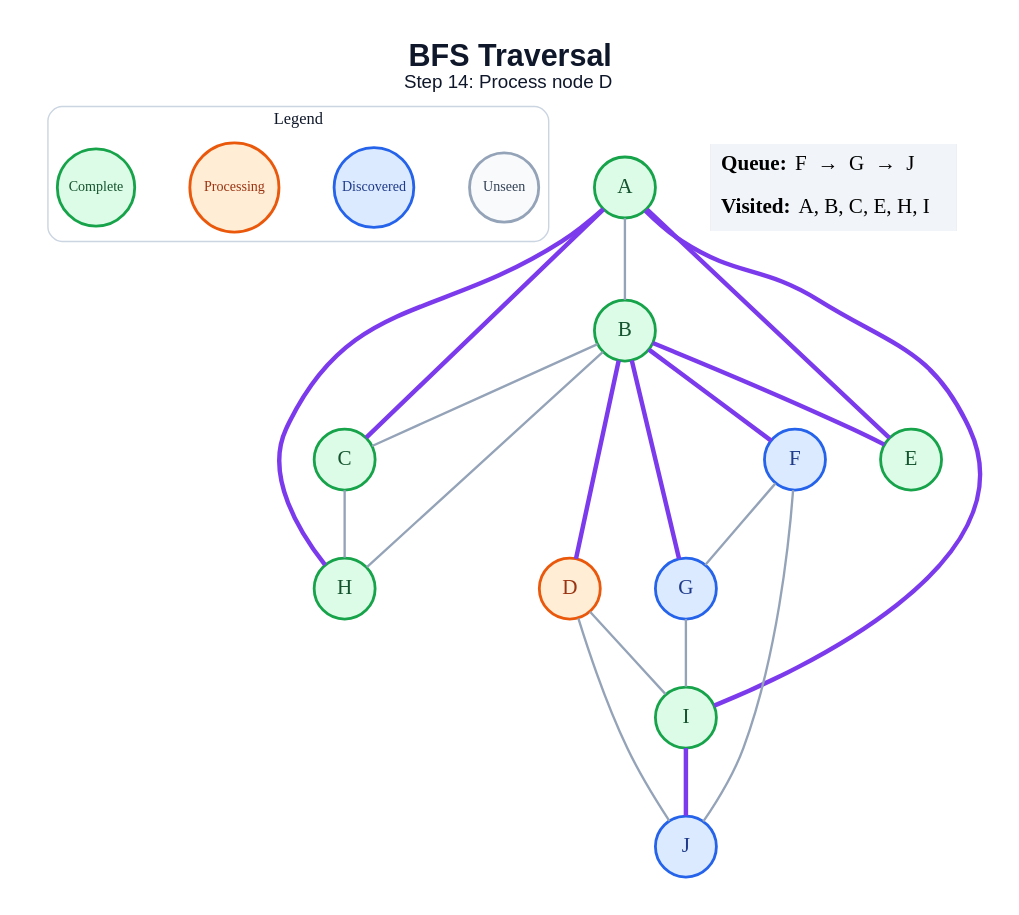
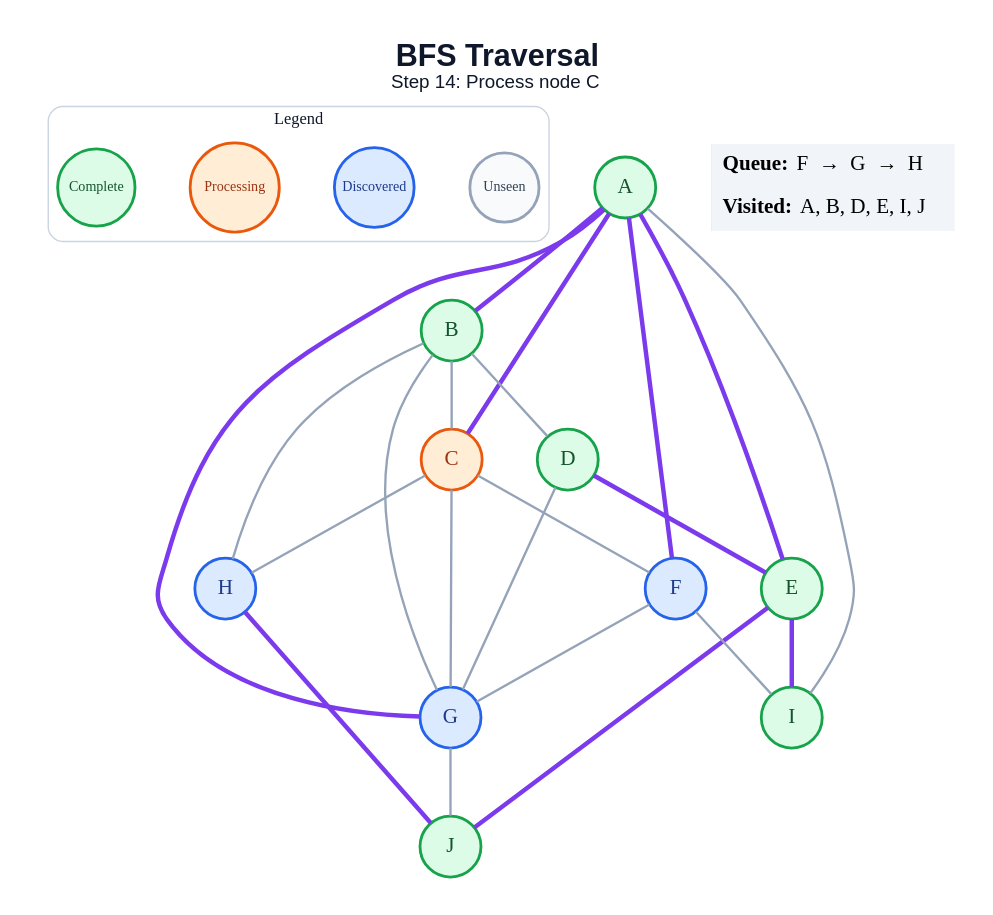
One commit to amanghodawala9/ai-slop changed the diagram in generated/specific-node/bfs/step_14.dot. Above: the diagram before and after it, drawn with Graphviz. The commit also changed 178 other files, not shown here.

```diff
--- a/generated/specific-node/bfs/step_14.dot
+++ b/generated/specific-node/bfs/step_14.dot
@@ -1,47 +1,50 @@
 graph traversal {
   graph [layout=dot, rankdir=TB, bgcolor="#FFFFFF", pad="0.35", nodesep="0.65", ranksep="0.8", fontname="Arial"];
   node [shape=circle, style="filled", fontname="Arial Bold", fontsize=18, width=0.72, fixedsize=true, penwidth=2.4];
   edge [color="#94A3B8", penwidth=2.0];
-  label=<<B>BFS Traversal</B><BR/><FONT POINT-SIZE="16">Step 14: Process node D</FONT>>; labelloc="t"; fontsize=26; fontname="Arial"; fontcolor="#0F172A";
+  label=<<B>BFS Traversal</B><BR/><FONT POINT-SIZE="16">Step 14: Process node C</FONT>>; labelloc="t"; fontsize=26; fontname="Arial"; fontcolor="#0F172A";
   subgraph cluster_legend { label="Legend"; color="#CBD5E1"; penwidth=1.2; style="rounded"; fontsize=14; fontname="Arial Bold";
     key_unseen [label="Unseen", fillcolor="#F8FAFC", color="#94A3B8", fontcolor="#334155", fontsize=12, width=0.82];
     key_frontier [label="Discovered", fillcolor="#DBEAFE", color="#2563EB", fontcolor="#1E3A8A", fontsize=12, width=0.95];
     key_current [label="Processing", fillcolor="#FFEDD5", color="#EA580C", fontcolor="#9A3412", fontsize=12, width=1.05];
     key_done [label="Complete", fillcolor="#DCFCE7", color="#16A34A", fontcolor="#14532D", fontsize=12, width=0.92];
     { rank=same; key_unseen; key_frontier; key_current; key_done; }
   }
   A [fillcolor="#DCFCE7", color="#16A34A", fontcolor="#14532D"];
   B [fillcolor="#DCFCE7", color="#16A34A", fontcolor="#14532D"];
-  C [fillcolor="#DCFCE7", color="#16A34A", fontcolor="#14532D"];
-  D [fillcolor="#FFEDD5", color="#EA580C", fontcolor="#9A3412"];
+  C [fillcolor="#FFEDD5", color="#EA580C", fontcolor="#9A3412"];
+  D [fillcolor="#DCFCE7", color="#16A34A", fontcolor="#14532D"];
   E [fillcolor="#DCFCE7", color="#16A34A", fontcolor="#14532D"];
   F [fillcolor="#DBEAFE", color="#2563EB", fontcolor="#1E3A8A"];
   G [fillcolor="#DBEAFE", color="#2563EB", fontcolor="#1E3A8A"];
-  H [fillcolor="#DCFCE7", color="#16A34A", fontcolor="#14532D"];
+  H [fillcolor="#DBEAFE", color="#2563EB", fontcolor="#1E3A8A"];
   I [fillcolor="#DCFCE7", color="#16A34A", fontcolor="#14532D"];
-  J [fillcolor="#DBEAFE", color="#2563EB", fontcolor="#1E3A8A"];
-  A -- B;
+  J [fillcolor="#DCFCE7", color="#16A34A", fontcolor="#14532D"];
+  A -- B [color="#7C3AED", penwidth=3.8];
   A -- C [color="#7C3AED", penwidth=3.8];
   A -- E [color="#7C3AED", penwidth=3.8];
-  A -- H [color="#7C3AED", penwidth=3.8];
-  A -- I [color="#7C3AED", penwidth=3.8];
+  A -- F [color="#7C3AED", penwidth=3.8];
+  A -- G [color="#7C3AED", penwidth=3.8];
+  A -- I;
   B -- C;
-  B -- D [color="#7C3AED", penwidth=3.8];
-  B -- E [color="#7C3AED", penwidth=3.8];
-  B -- F [color="#7C3AED", penwidth=3.8];
-  B -- G [color="#7C3AED", penwidth=3.8];
+  B -- D;
+  B -- G;
   B -- H;
+  C -- F;
+  C -- G;
   C -- H;
-  D -- I;
-  D -- J;
+  D -- E [color="#7C3AED", penwidth=3.8];
+  D -- G;
+  E -- I [color="#7C3AED", penwidth=3.8];
+  E -- J [color="#7C3AED", penwidth=3.8];
   F -- G;
-  F -- J;
-  G -- I;
-  I -- J [color="#7C3AED", penwidth=3.8];
+  F -- I;
+  G -- J;
+  H -- J [color="#7C3AED", penwidth=3.8];
   status [shape=plain, fixedsize=false, width=0, height=0, margin=0, label=<
     <TABLE BORDER="0" CELLBORDER="0" CELLPADDING="7" BGCOLOR="#F1F5F9">
-      <TR><TD ALIGN="LEFT"><B>Queue:</B> F  →  G  →  J</TD></TR>
-      <TR><TD ALIGN="LEFT"><B>Visited:</B> A, B, C, E, H, I</TD></TR>
+      <TR><TD ALIGN="LEFT"><B>Queue:</B> F  →  G  →  H</TD></TR>
+      <TR><TD ALIGN="LEFT"><B>Visited:</B> A, B, D, E, I, J</TD></TR>
     </TABLE>
   >];
 }
```
